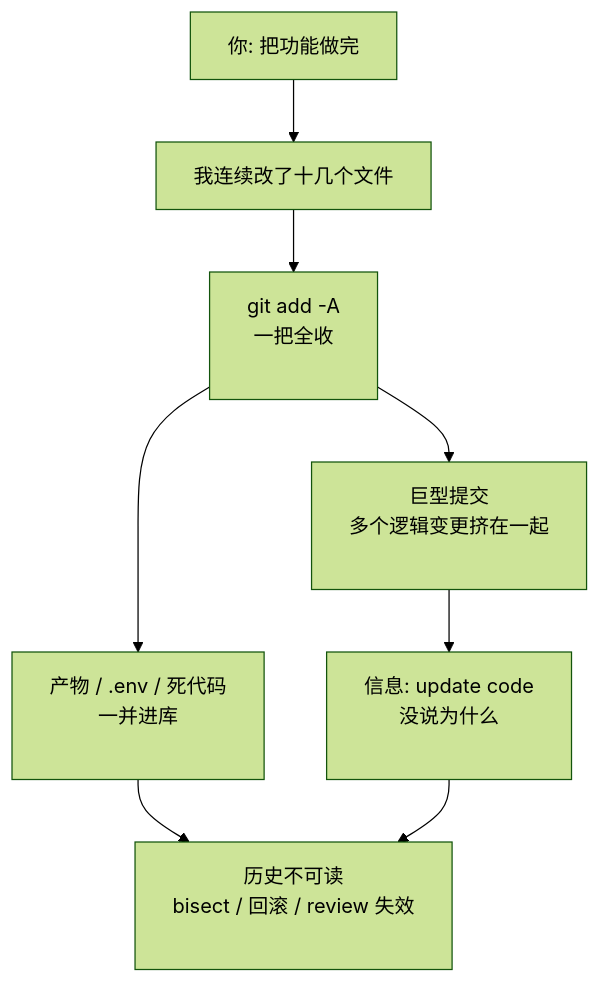
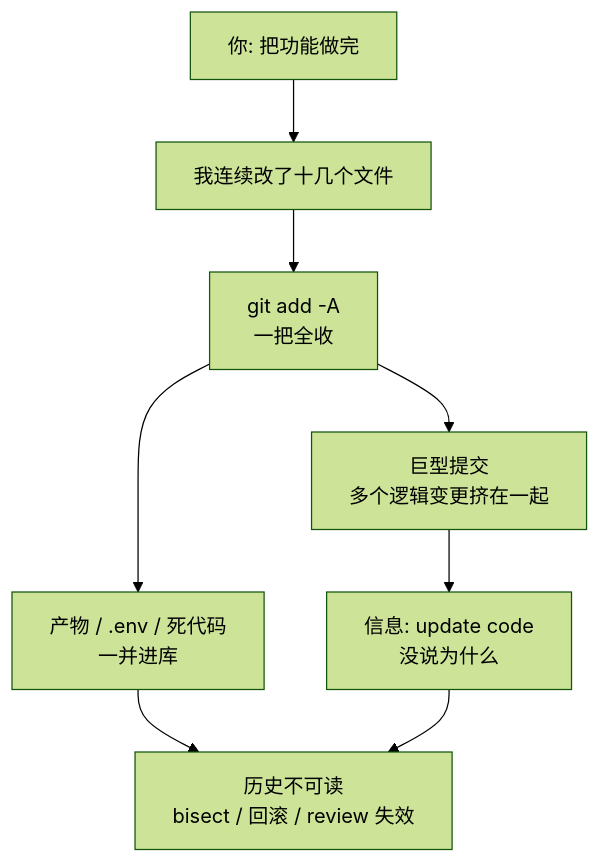
One commit to XuebinMa/AIWiki changed the diagram in docs/05-implementation/git-hygiene.mdx. Above: the diagram before and after it, drawn with Mermaid (forest theme). The commit also changed 99 other files, not shown here.

First line of the commit message:
fix(mermaid): 全局根治节点文字裁切（htmlLabels:false + 清理 br/nbsp 占位）(#26)

````diff
--- a/docs/05-implementation/git-hygiene.mdx
+++ b/docs/05-implementation/git-hygiene.mdx
@@ -49,10 +49,10 @@
 ```mermaid
 flowchart TD
     A[你: 把功能做完] --> B[我连续改了十几个文件]
-    B --> C[git add -A<br/>一把全收<br/>&nbsp;]
-    C --> D[巨型提交<br/>多个逻辑变更挤在一起<br/>&nbsp;]
-    C --> E[产物 / .env / 死代码<br/>一并进库<br/>&nbsp;]
-    D --> F[信息: update code<br/>没说为什么<br/>&nbsp;]
-    E --> G[历史不可读<br/>bisect / 回滚 / review 失效<br/>&nbsp;]
+    B --> C[git add -A<br/>一把全收]
+    C --> D[巨型提交<br/>多个逻辑变更挤在一起]
+    C --> E[产物 / .env / 死代码<br/>一并进库]
+    D --> F[信息: update code<br/>没说为什么]
+    E --> G[历史不可读<br/>bisect / 回滚 / review 失效]
     F --> G
 ```
````
